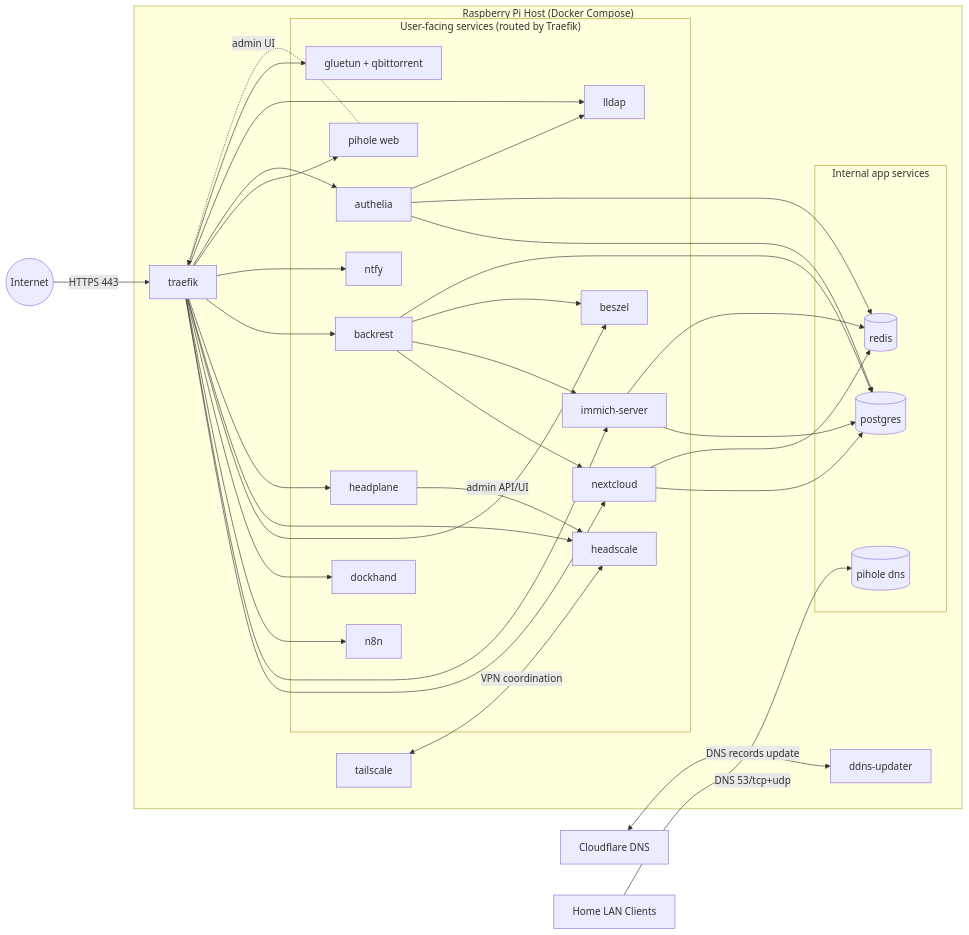
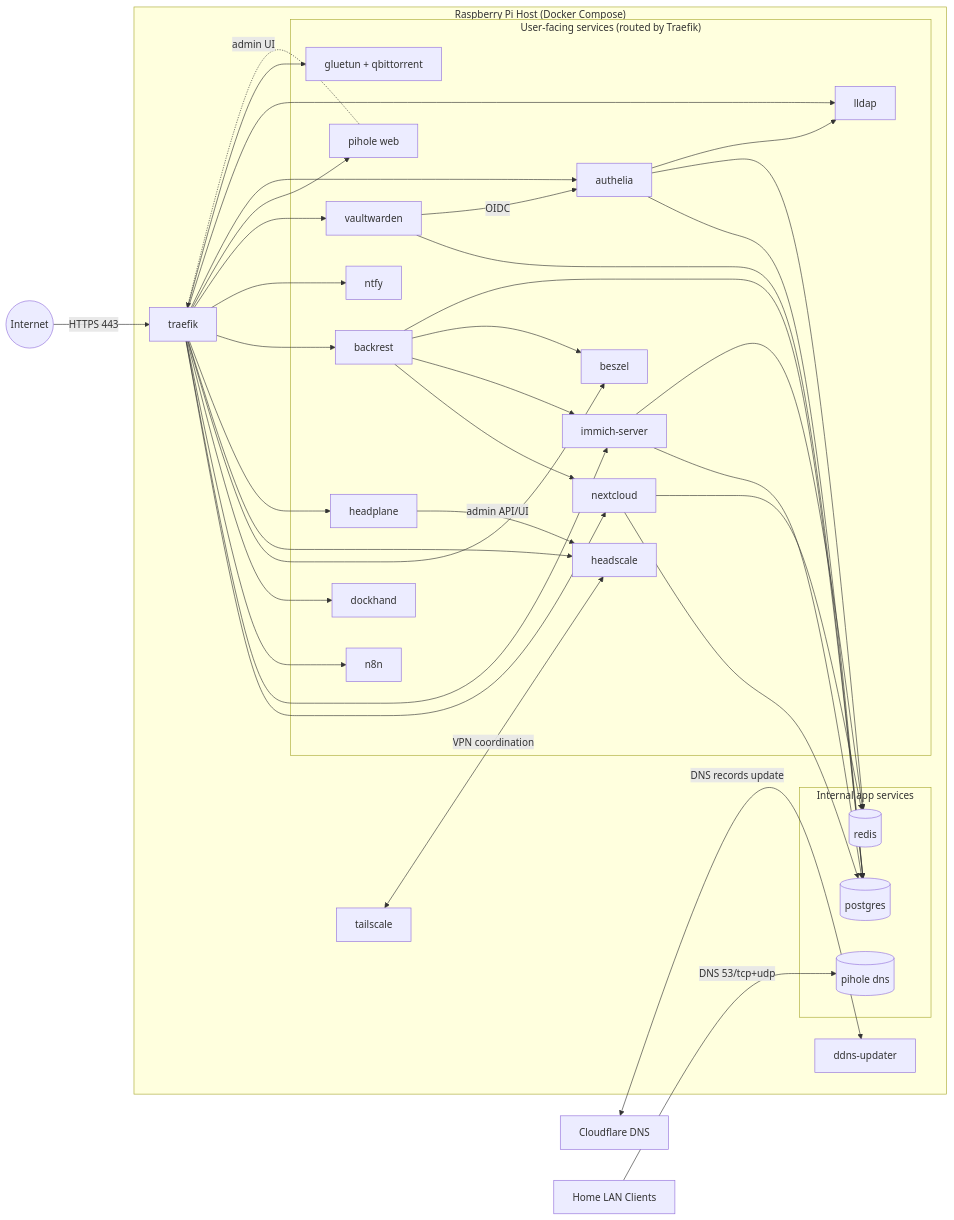
The first of 3 diagrams in docs/ARCHITECTURE.md (florianajir/pi-web), drawn with Mermaid before and after one commit. The commit also changed other lines of this file and 9 other files, not shown here.

````diff
--- a/docs/ARCHITECTURE.md
+++ b/docs/ARCHITECTURE.md
@@ -5,68 +5,72 @@
 ```mermaid
 flowchart LR
   Internet((Internet))
   Cloudflare[Cloudflare DNS]
   LAN[Home LAN Clients]
 
   subgraph Pi["Raspberry Pi Host (Docker Compose)"]
     DDNS[ddns-updater]
     Traefik[traefik]
     Tailscale[tailscale]
 
     subgraph Apps["User-facing services (routed by Traefik)"]
       Nextcloud[nextcloud]
       Immich[immich-server]
       N8N[n8n]
       Dockhand[dockhand]
       Beszel[beszel]
       Headscale[headscale]
       Headplane[headplane]
       Backrest[backrest]
       Ntfy[ntfy]
+      Vaultwarden[vaultwarden]
       PiholeWeb[pihole web]
       Authelia[authelia]
       Lldap[lldap]
       Gluetun[gluetun + qbittorrent]
     end
 
     subgraph Internal["Internal app services"]
       Postgres[(postgres)]
       Redis[(redis)]
       PiholeDNS[(pihole dns)]
     end
   end
 
   Internet -->|HTTPS 443| Traefik
   Cloudflare <-->|DNS records update| DDNS
   Traefik --> Nextcloud
   Traefik --> Immich
   Traefik --> N8N
   Traefik --> Dockhand
   Traefik --> Beszel
   Traefik --> Headscale
   Traefik --> Headplane
   Traefik --> Backrest
   Traefik --> Ntfy
+  Traefik --> Vaultwarden
   Traefik --> PiholeWeb
   Traefik --> Authelia
   Traefik --> Lldap
   Traefik --> Gluetun
 
   Nextcloud --> Postgres
   Nextcloud --> Redis
   Immich --> Postgres
   Immich --> Redis
   Authelia --> Postgres
   Authelia --> Redis
   Authelia --> Lldap
+  Vaultwarden --> Postgres
+  Vaultwarden -->|"OIDC"| Authelia
   Backrest --> Nextcloud
   Backrest --> Immich
   Backrest --> Beszel
   Backrest --> Postgres
 
   LAN -->|DNS 53/tcp+udp| PiholeDNS
   PiholeWeb -.admin UI.-> Traefik
 
   Tailscale <-->|VPN coordination| Headscale
   Headplane -->|admin API/UI| Headscale
 ```
````
